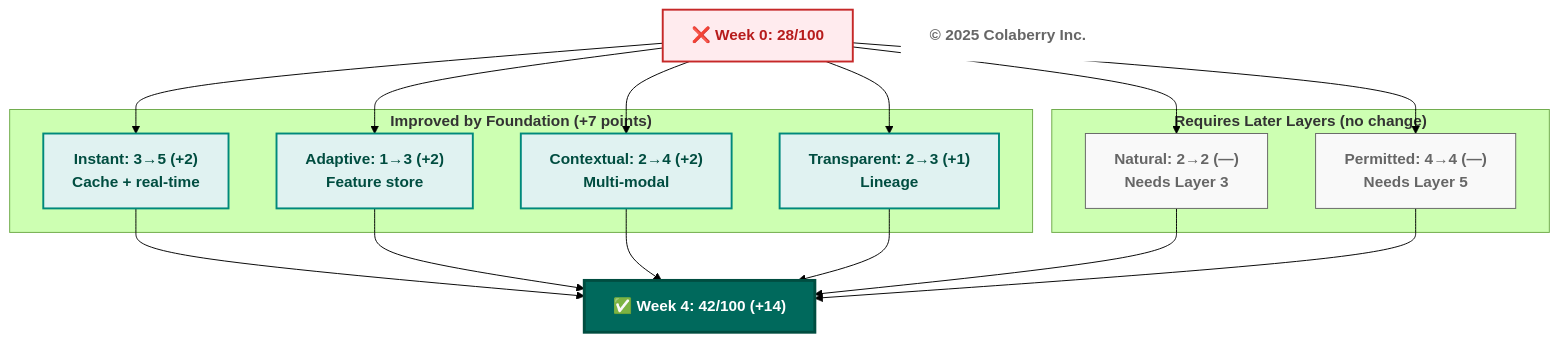
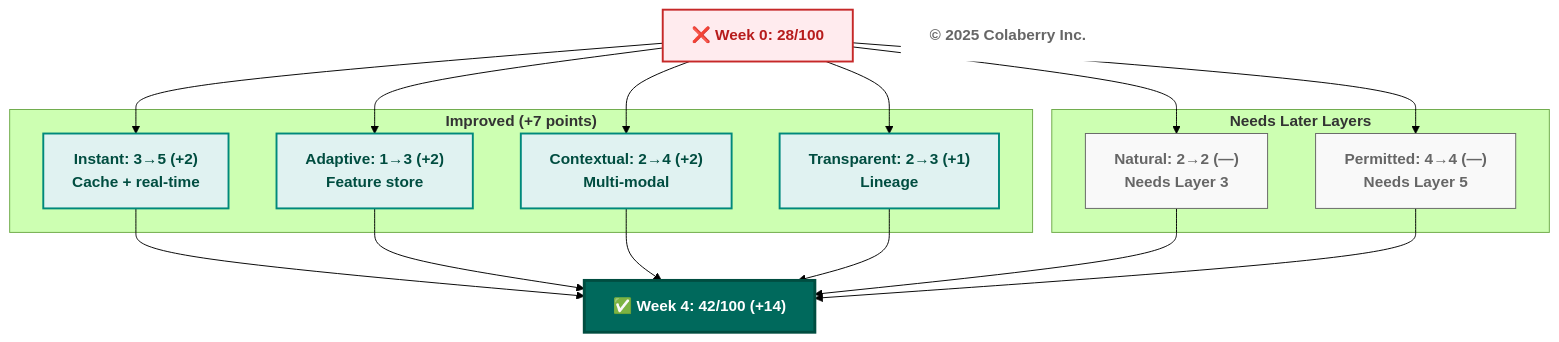
One commit to saitejesh-cyber/trust-before-intelligence-book changed the eighth of 8 diagrams in manuscript/chapter_4_foundation_layers_v4_0.md. Above: the diagram before and after it, drawn with Mermaid (forest theme). The commit also changed other lines of this file, not shown here.

First line of the commit message:
diagrams updated

````diff
--- a/manuscript/chapter_4_foundation_layers_v4_0.md
+++ b/manuscript/chapter_4_foundation_layers_v4_0.md
@@ -964,34 +964,34 @@
 ```mermaid
 graph TB
     BEFORE["<b>❌ Week 0: 28/100</b>"]
     AFTER["<b>✅ Week 4: 42/100 (+14)</b>"]
     
-    subgraph "<b>Improved by Foundation (+7 points)</b>"
+    subgraph "<b>Improved (+7 points)</b>"
         A1["<b>Instant: 3→5 (+2)</b><br/><b>Cache + real-time</b>"]
         A4["<b>Adaptive: 1→3 (+2)</b><br/><b>Feature store</b>"]
         A5["<b>Contextual: 2→4 (+2)</b><br/><b>Multi-modal</b>"]
         A6["<b>Transparent: 2→3 (+1)</b><br/><b>Lineage</b>"]
     end
     
-    subgraph "<b>Requires Later Layers (no change)</b>"
+    subgraph "<b>Needs Later Layers</b>"
         B2["<b>Natural: 2→2 (—)</b><br/><b>Needs Layer 3</b>"]
         B3["<b>Permitted: 4→4 (—)</b><br/><b>Needs Layer 5</b>"]
     end
     
     Copyright["<b>© 2025 Colaberry Inc.</b>"]
     
     BEFORE --> A1 & A4 & A5 & A6
     BEFORE --> B2 & B3
     A1 & A4 & A5 & A6 --> AFTER
     B2 & B3 --> AFTER
     
     style BEFORE fill:#ffebee,stroke:#c62828,stroke-width:2px,color:#b71c1c
     style AFTER fill:#00695c,color:#ffffff,stroke:#004d40,stroke-width:3px
     style A1 fill:#e0f2f1,stroke:#00897b,stroke-width:2px,color:#004d40
     style A4 fill:#e0f2f1,stroke:#00897b,stroke-width:2px,color:#004d40
     style A5 fill:#e0f2f1,stroke:#00897b,stroke-width:2px,color:#004d40
     style A6 fill:#e0f2f1,stroke:#00897b,stroke-width:2px,color:#004d40
     style B2 fill:#f9f9f9,stroke:#666666,stroke-width:1px,color:#666666
     style B3 fill:#f9f9f9,stroke:#666666,stroke-width:1px,color:#666666
     style Copyright fill:#ffffff,stroke:none,color:#666666
 ```
````
